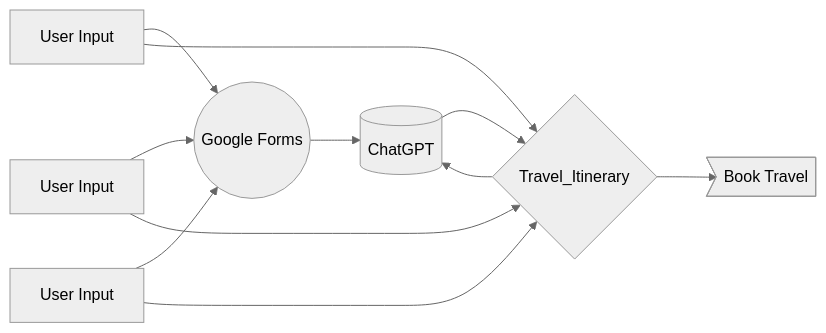
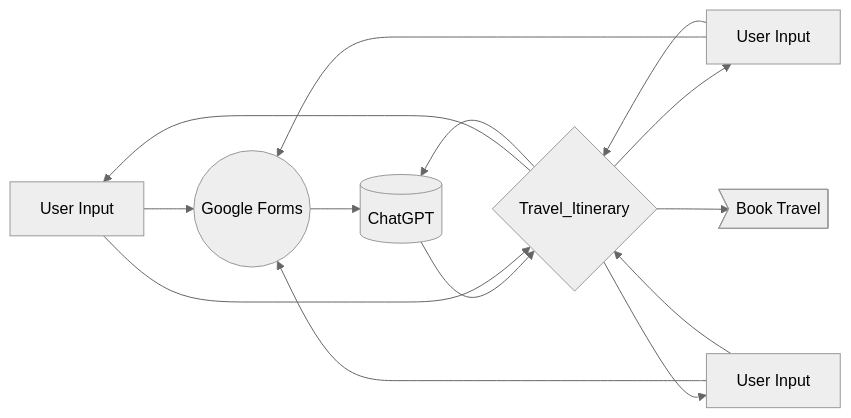
Before and after one commit to pjbrumm94/TravelApp: the diagram in README.md, drawn with Mermaid (neutral theme).

````diff
--- a/README.md
+++ b/README.md
@@ -7,13 +7,16 @@
 ```mermaid
 flowchart LR;
   userA[User Input]-->In
   userB[User Input]-->In
   userC[User Input]-->In
   In((Google Forms))-->LLM[(ChatGPT)];
   LLM-->Iti{Travel_Itinerary};
+  Iti-->userA;
+  Iti-->userB;
+  Iti-->userC;
   userA-->Iti;
   userB-->Iti;
   userC-->Iti;
   Iti-->LLM;
   Iti-->Trav>Book Travel]
 ```
````
